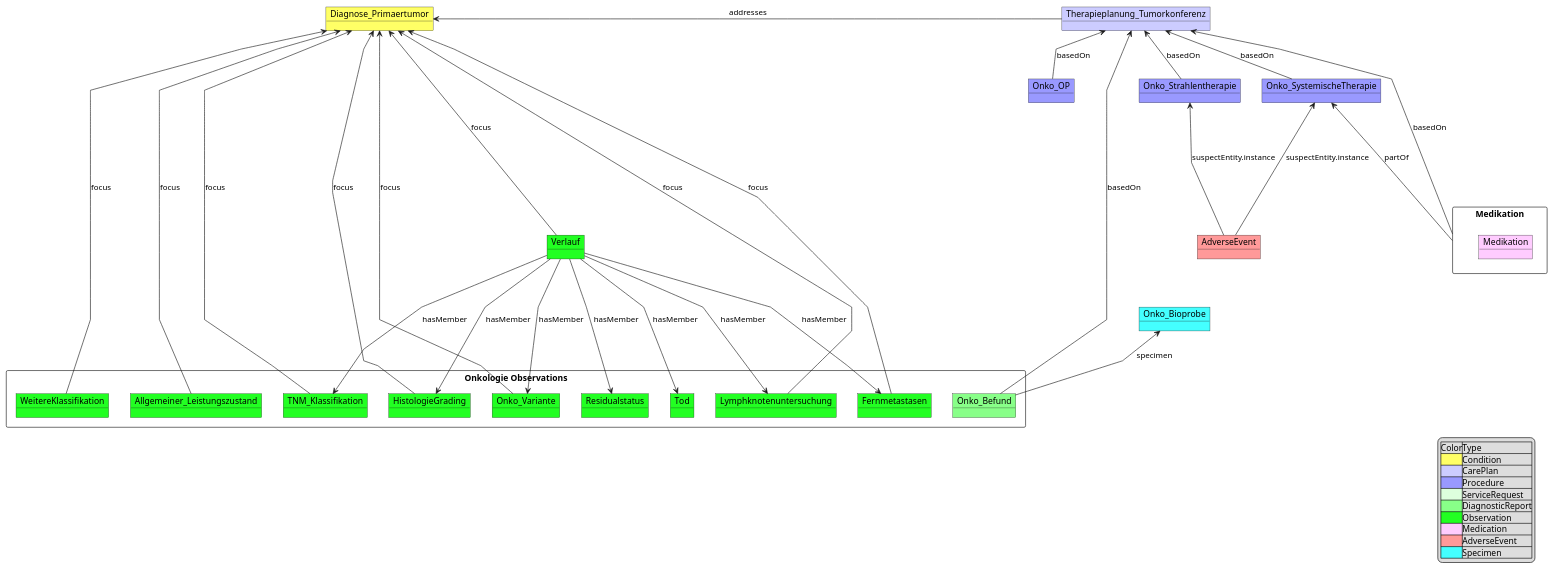
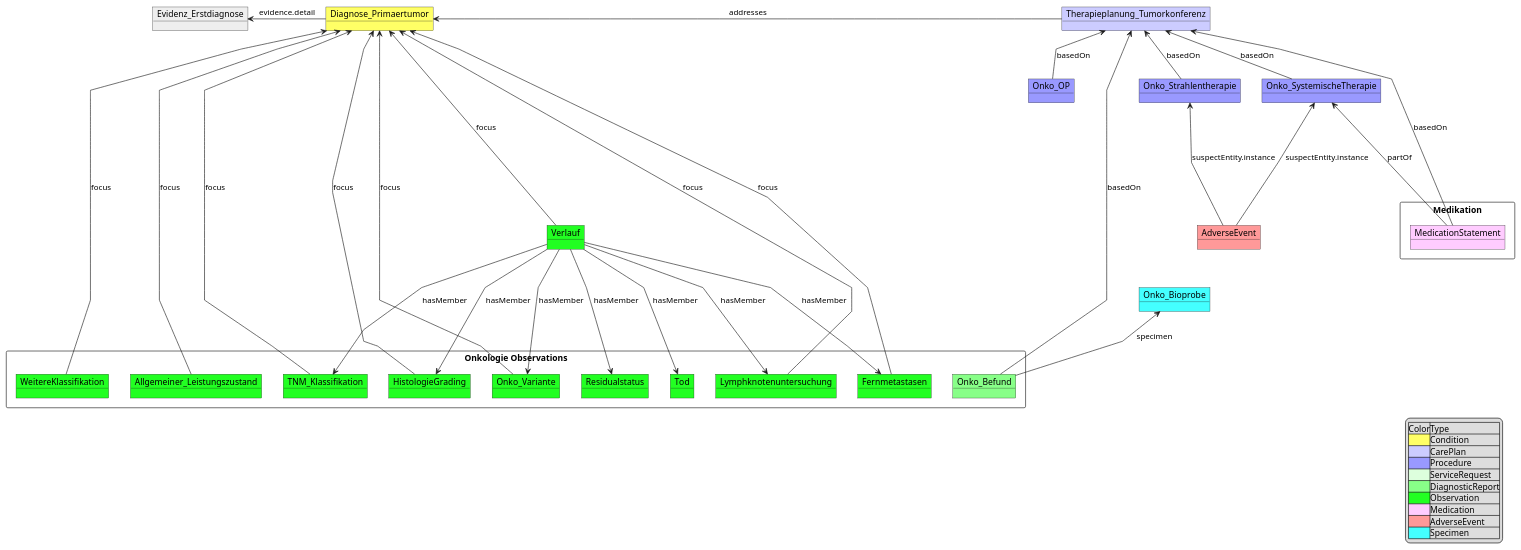
The diagram in input/images-source/MII_Onko_UML_Relations_v1.pu (medizininformatik-initiative/kerndatensatzmodul-onkologie), drawn with PlantUML before and after one commit. The commit also changed 1 other file, not shown here.

Commit message:
made adjustment to relationship graphs

```diff
--- a/input/images-source/MII_Onko_UML_Relations_v1.pu
+++ b/input/images-source/MII_Onko_UML_Relations_v1.pu
@@ -3,74 +3,78 @@
 @startuml MII_Onko_UML_Relations_v1
 skinparam linetype polyline
 object Onko_OP #9999FF
 object Onko_Strahlentherapie #9999FF
 object Onko_SystemischeTherapie #9999FF
 object Therapieplanung_Tumorkonferenz #CCCCFF
 
 Therapieplanung_Tumorkonferenz <-- Onko_OP: basedOn 
 Therapieplanung_Tumorkonferenz <-- Onko_Strahlentherapie: basedOn
 Therapieplanung_Tumorkonferenz <-- Onko_SystemischeTherapie: basedOn
 rectangle "Medikation" {
-    object Medikation #FFCCFF
+    object MedicationStatement #FFCCFF
 }
-Onko_SystemischeTherapie <--- Medikation : partOf 
-Therapieplanung_Tumorkonferenz <--- Medikation: basedOn
+Onko_SystemischeTherapie <--- MedicationStatement : partOf 
+Therapieplanung_Tumorkonferenz <--- MedicationStatement: basedOn
 object Diagnose_Primaertumor #FFFF66
+object Evidenz_Erstdiagnose #EEEEEE 
+Diagnose_Primaertumor --left--> Evidenz_Erstdiagnose : evidence.detail
+
+
 
 rectangle "Onkologie Observations"{
     object Onko_Variante #22FF22
     object Fernmetastasen #22FF22
     object TNM_Klassifikation #22FF22
     object WeitereKlassifikation #22FF22 
     object Lymphknotenuntersuchung #22FF22
     object HistologieGrading #22FF22
     object Residualstatus #22FF22
     object Allgemeiner_Leistungszustand #22FF22
     object Tod #22FF22
     object Onko_Befund #88FF88
 
 }
 
 Diagnose_Primaertumor <--- TNM_Klassifikation: focus
 Diagnose_Primaertumor <-right--  Therapieplanung_Tumorkonferenz : addresses
 Diagnose_Primaertumor <--- Lymphknotenuntersuchung: focus
 Diagnose_Primaertumor <--- HistologieGrading :focus
 Diagnose_Primaertumor <--- Onko_Variante :focus
 Diagnose_Primaertumor <--- WeitereKlassifikation: focus
 Diagnose_Primaertumor <--- Allgemeiner_Leistungszustand :focus
 Diagnose_Primaertumor <--- Fernmetastasen :focus
 
 Therapieplanung_Tumorkonferenz <-right-- Onko_Befund  : basedOn
 
 object Verlauf #22FF22
 Diagnose_Primaertumor <----  Verlauf : focus
 Verlauf ---> Tod: hasMember
 Verlauf ---> TNM_Klassifikation:  hasMember
 Verlauf --->  Lymphknotenuntersuchung : hasMember
 Verlauf --->  HistologieGrading : hasMember
 Verlauf ---> Fernmetastasen: hasMember
 Verlauf ---> Residualstatus:  hasMember
 Verlauf ---> Onko_Variante: hasMember
 
 object Onko_Bioprobe #44FFFF 
 Onko_Bioprobe <-- Onko_Befund : specimen
 
 object AdverseEvent #FF9999
 Onko_SystemischeTherapie <--- AdverseEvent: suspectEntity.instance
 Onko_Strahlentherapie <--- AdverseEvent: suspectEntity.instance
 
 legend right 
 |Color|Type|
 |<#FFFF66>|Condition|
 |<#CCCCFF>|CarePlan|
 |<#9999FF>|Procedure|
 |<#DDFFDD>|ServiceRequest|
 |<#88FF88>|DiagnosticReport|
 |<#22FF22>|Observation|
 |<#FFCCFF>|Medication|
 |<#FF9999>|AdverseEvent|
 |<#44FFFF>|Specimen|
 endlegend
 
 
 @enduml
```
